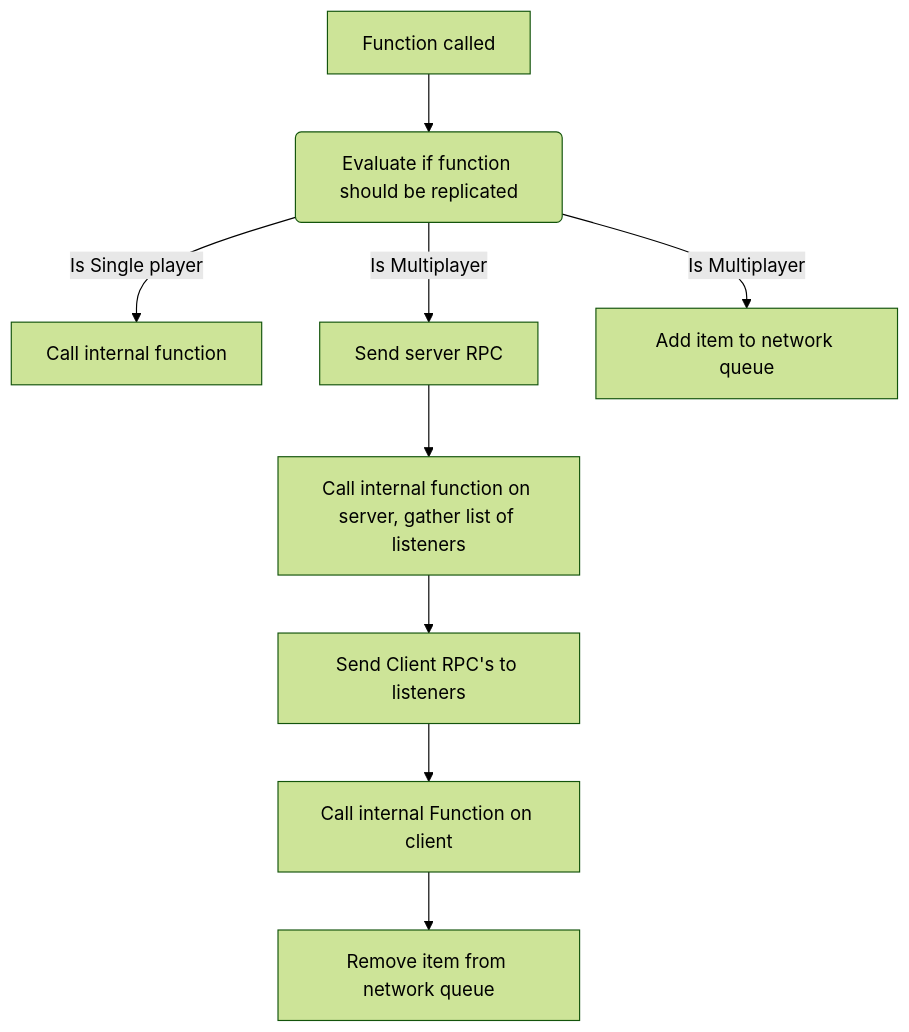
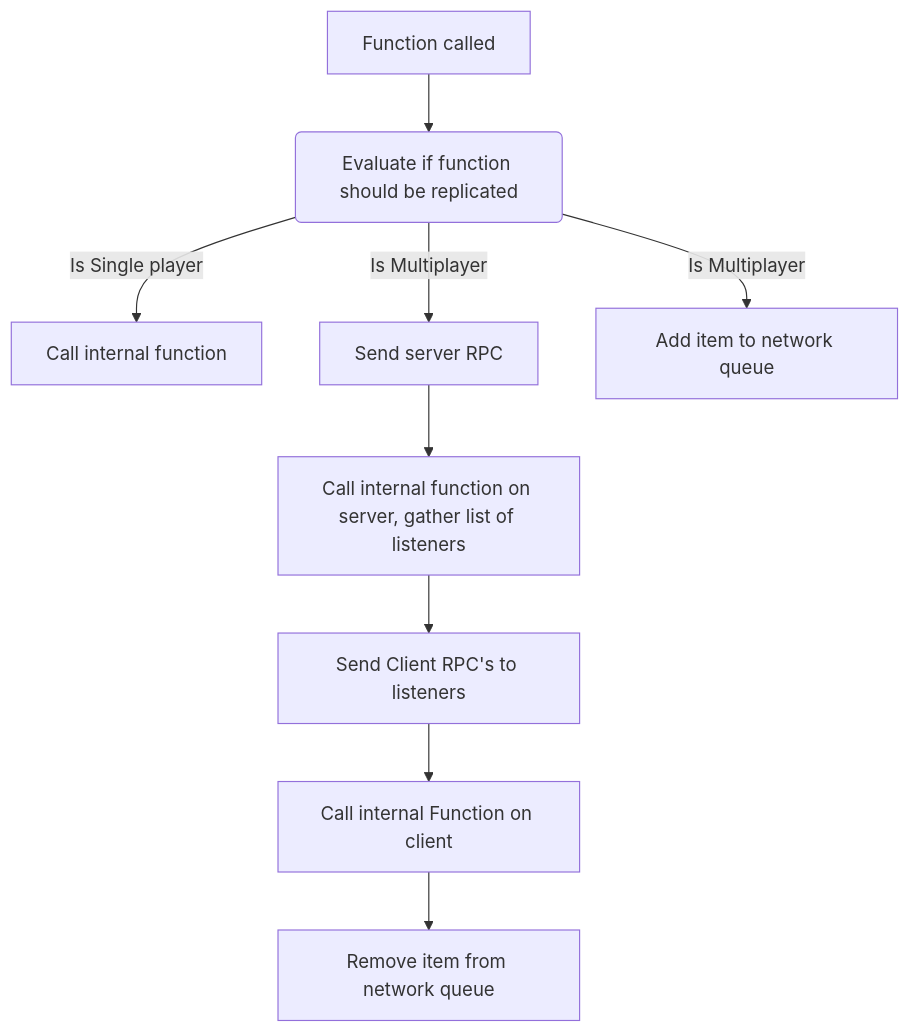
One commit to Inventoryframework/inventoryframework.github.io changed the diagram in Introduction/HowDoesTheNetworkingWork.md. Above: the diagram before and after it, drawn with Mermaid.

````diff
--- a/Introduction/HowDoesTheNetworkingWork.md
+++ b/Introduction/HowDoesTheNetworkingWork.md
@@ -18,12 +18,11 @@
 ```mermaid
-%%{init: {'theme':'forest'}}%%
 graph TD
     A[Function called] --> B(Evaluate if function should be replicated)
     B -->|Is Single player| C[Call internal function]
     B -->|Is Multiplayer| D[Send server RPC]
     B -->|Is Multiplayer| H[Add item to network queue]
     D --> E[Call internal function on server, gather list of listeners]
     E --> F[Send Client RPC's to listeners]
     F --> G[Call internal Function on client]
     G --> R[Remove item from network queue]
 ```
````
